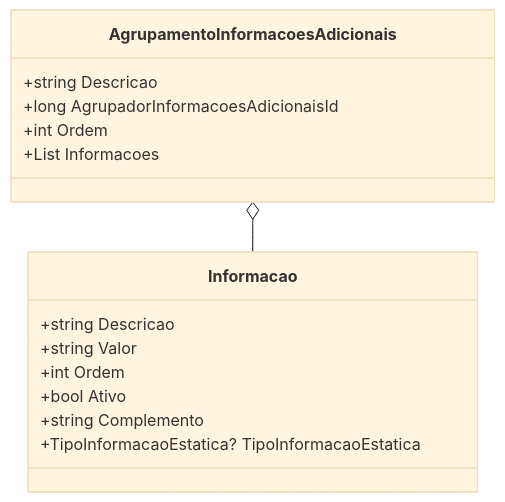
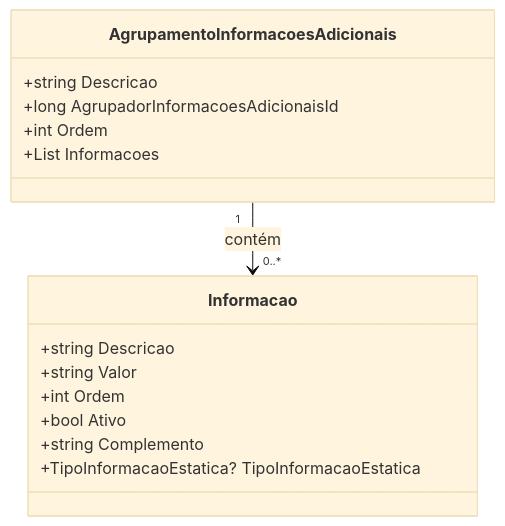
One commit to IsthmusSistemas/documentacao-tecnica changed the diagram in docs/b2b-dominio/IsthmusWinthor.Nucleo/IsthmusWinthor.Dominio/POCO/Produtos/AgrupamentoInformacoesAdicionais.md. Above: the diagram before and after it, drawn with Mermaid (base theme). The commit also changed other lines of this file and 882 other files, not shown here.

````diff
--- a/docs/b2b-dominio/IsthmusWinthor.Nucleo/IsthmusWinthor.Dominio/POCO/Produtos/AgrupamentoInformacoesAdicionais.md
+++ b/docs/b2b-dominio/IsthmusWinthor.Nucleo/IsthmusWinthor.Dominio/POCO/Produtos/AgrupamentoInformacoesAdicionais.md
@@ -21,20 +41,20 @@
 ```mermaid
 classDiagram
     class AgrupamentoInformacoesAdicionais {
         +string Descricao
         +long AgrupadorInformacoesAdicionaisId
         +int Ordem
         +List<Informacao> Informacoes
     }
-
+    
     class Informacao {
         +string Descricao
         +string Valor
         +int Ordem
         +bool Ativo
         +string Complemento
         +TipoInformacaoEstatica? TipoInformacaoEstatica
     }
 
-    AgrupamentoInformacoesAdicionais o-- Informacao
+    AgrupamentoInformacoesAdicionais "1" --> "0..*" Informacao : contém
 ```
````
